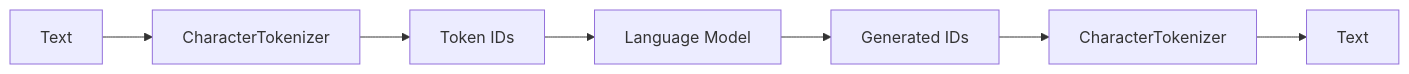
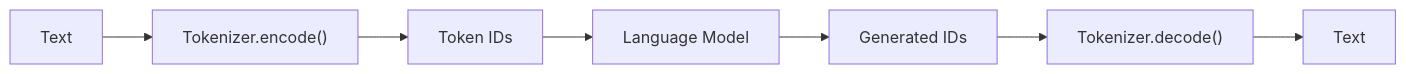
Before and after one commit to AI-learning-simple/Build-Your-Own-LLM: the second of 2 diagrams in 1. LLM基础(What)/2.1 实现第一个 Character Tokenizer.md, drawn with Mermaid. The commit also changed other lines of this file and 6 other files, not shown here.

````diff
--- a/1. LLM基础(What)/2.1 实现第一个 Character Tokenizer.md
+++ b/1. LLM基础(What)/2.1 实现第一个 Character Tokenizer.md
@@ -199,4 +222,4 @@
 ```mermaid
 flowchart LR
-    A[Text] --> B[CharacterTokenizer] --> C["Token IDs"] --> D[Language Model] --> E["Generated IDs"] --> F[CharacterTokenizer] --> G[Text]
+    A[Text] --> B["Tokenizer.encode()"] --> C["Token IDs"] --> D[Language Model] --> E["Generated IDs"] --> F["Tokenizer.decode()"] --> G[Text]
 ```
````
